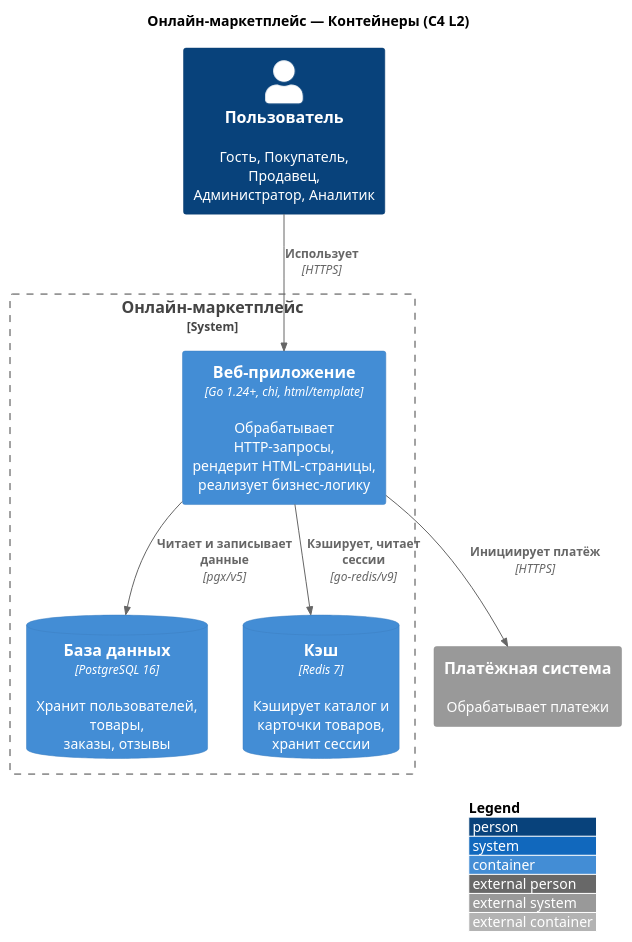
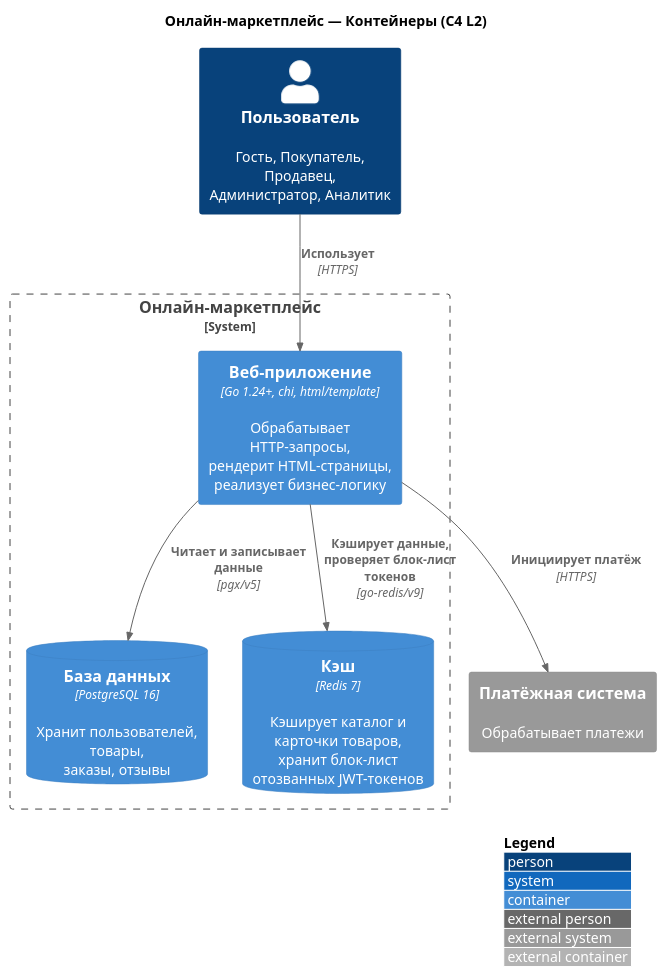
Before and after one commit to beastixq/marketplace: the diagram in diagrams/src/C4_L2.puml, drawn with PlantUML. The commit also changed 3 other files, not shown here.

Commit message:
diagrams

```diff
--- a/diagrams/src/C4_L2.puml
+++ b/diagrams/src/C4_L2.puml
@@ -1,23 +1,23 @@
 @startuml C4_L2
 !include <C4/C4_Container>
 
 title Онлайн-маркетплейс — Контейнеры (C4 L2)
 
 Person(user, "Пользователь", "Гость, Покупатель, Продавец,\nАдминистратор, Аналитик")
 
 System_Ext(bank, "Платёжная система", "Обрабатывает платежи")
 
 System_Boundary(marketplace, "Онлайн-маркетплейс") {
     Container(webapp, "Веб-приложение", "Go 1.24+, chi, html/template", "Обрабатывает HTTP-запросы,\nрендерит HTML-страницы,\nреализует бизнес-логику")
     ContainerDb(postgres, "База данных", "PostgreSQL 16", "Хранит пользователей, товары,\nзаказы, отзывы")
-    ContainerDb(redis, "Кэш", "Redis 7", "Кэширует каталог и карточки товаров,\nхранит сессии")
+    ContainerDb(redis, "Кэш", "Redis 7", "Кэширует каталог и карточки товаров,\nхранит блок-лист отозванных JWT-токенов")
 }
 
 Rel(user, webapp, "Использует", "HTTPS")
 Rel(webapp, postgres, "Читает и записывает данные", "pgx/v5")
-Rel(webapp, redis, "Кэширует, читает сессии", "go-redis/v9")
+Rel(webapp, redis, "Кэширует данные, проверяет блок-лист токенов", "go-redis/v9")
 Rel(webapp, bank, "Инициирует платёж", "HTTPS")
 
 LAYOUT_WITH_LEGEND()
 
 @enduml
```
